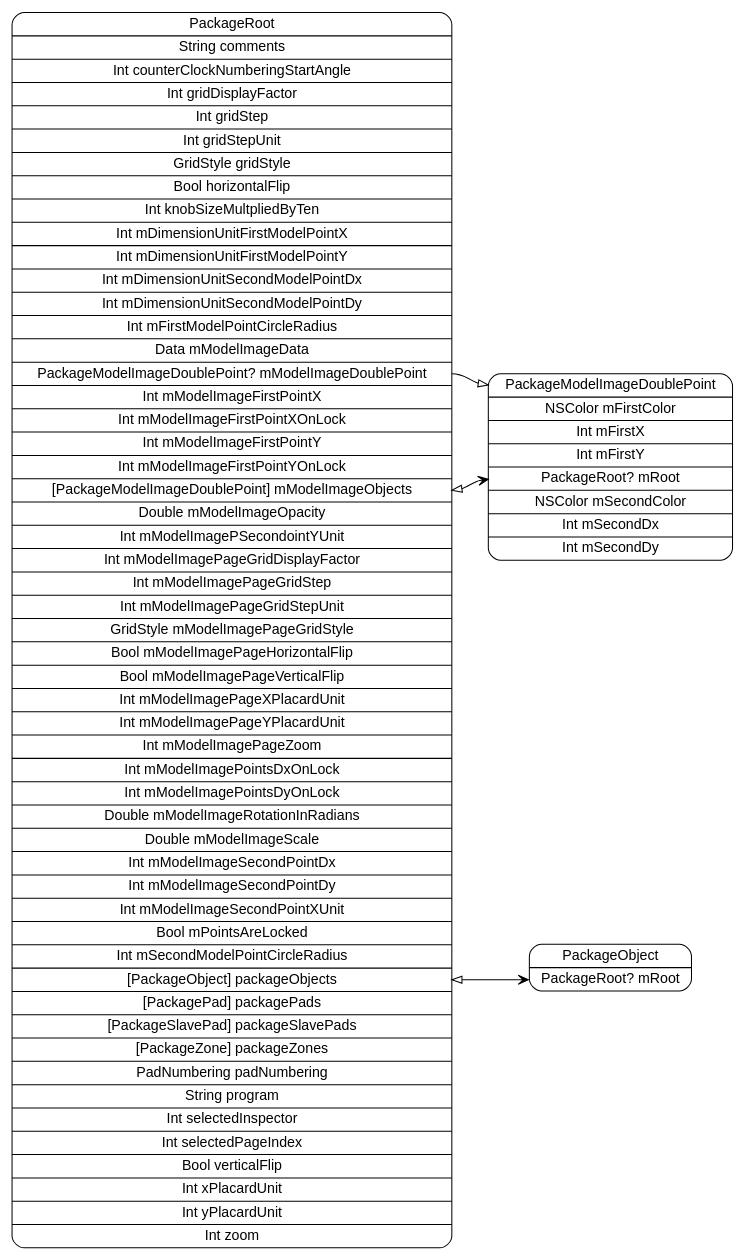
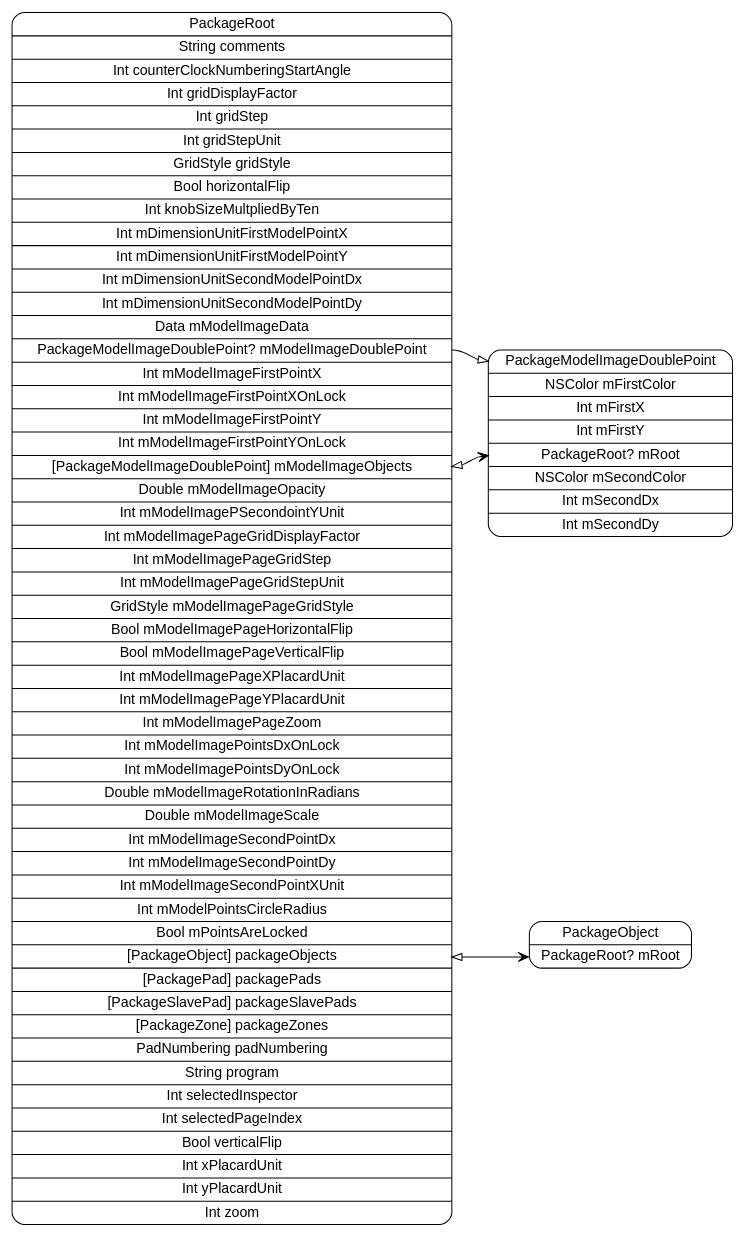
One commit to pierremolinaro/ElCanari-dev changed the diagram in models/PackageRoot.dot. Above: the diagram before and after it, drawn with Graphviz. The commit also changed 88 other files, not shown here.

Commit message:
Ajout reset_property_toDefaultValue Package model Image : un seul slider pour la taille

```diff
--- a/models/PackageRoot.dot
+++ b/models/PackageRoot.dot
@@ -1,10 +1,10 @@
 digraph G {
   rankdir=LR ;
   node [shape=record fontname=helvetica style=rounded] ;
-  PackageRoot[label="<PackageRoot>PackageRoot|String comments|Int counterClockNumberingStartAngle|Int gridDisplayFactor|Int gridStep|Int gridStepUnit|GridStyle gridStyle|Bool horizontalFlip|Int knobSizeMultpliedByTen|Int mDimensionUnitFirstModelPointX|Int mDimensionUnitFirstModelPointY|Int mDimensionUnitSecondModelPointDx|Int mDimensionUnitSecondModelPointDy|Int mFirstModelPointCircleRadius|Data mModelImageData|<mModelImageDoublePoint>PackageModelImageDoublePoint? mModelImageDoublePoint|Int mModelImageFirstPointX|Int mModelImageFirstPointXOnLock|Int mModelImageFirstPointY|Int mModelImageFirstPointYOnLock|<mModelImageObjects>[PackageModelImageDoublePoint] mModelImageObjects|Double mModelImageOpacity|Int mModelImagePSecondointYUnit|Int mModelImagePageGridDisplayFactor|Int mModelImagePageGridStep|Int mModelImagePageGridStepUnit|GridStyle mModelImagePageGridStyle|Bool mModelImagePageHorizontalFlip|Bool mModelImagePageVerticalFlip|Int mModelImagePageXPlacardUnit|Int mModelImagePageYPlacardUnit|Int mModelImagePageZoom|Int mModelImagePointsDxOnLock|Int mModelImagePointsDyOnLock|Double mModelImageRotationInRadians|Double mModelImageScale|Int mModelImageSecondPointDx|Int mModelImageSecondPointDy|Int mModelImageSecondPointXUnit|Bool mPointsAreLocked|Int mSecondModelPointCircleRadius|<packageObjects>[PackageObject] packageObjects|<packagePads>[PackagePad] packagePads|<packageSlavePads>[PackageSlavePad] packageSlavePads|<packageZones>[PackageZone] packageZones|PadNumbering padNumbering|String program|Int selectedInspector|Int selectedPageIndex|Bool verticalFlip|Int xPlacardUnit|Int yPlacardUnit|Int zoom"] ;
+  PackageRoot[label="<PackageRoot>PackageRoot|String comments|Int counterClockNumberingStartAngle|Int gridDisplayFactor|Int gridStep|Int gridStepUnit|GridStyle gridStyle|Bool horizontalFlip|Int knobSizeMultpliedByTen|Int mDimensionUnitFirstModelPointX|Int mDimensionUnitFirstModelPointY|Int mDimensionUnitSecondModelPointDx|Int mDimensionUnitSecondModelPointDy|Data mModelImageData|<mModelImageDoublePoint>PackageModelImageDoublePoint? mModelImageDoublePoint|Int mModelImageFirstPointX|Int mModelImageFirstPointXOnLock|Int mModelImageFirstPointY|Int mModelImageFirstPointYOnLock|<mModelImageObjects>[PackageModelImageDoublePoint] mModelImageObjects|Double mModelImageOpacity|Int mModelImagePSecondointYUnit|Int mModelImagePageGridDisplayFactor|Int mModelImagePageGridStep|Int mModelImagePageGridStepUnit|GridStyle mModelImagePageGridStyle|Bool mModelImagePageHorizontalFlip|Bool mModelImagePageVerticalFlip|Int mModelImagePageXPlacardUnit|Int mModelImagePageYPlacardUnit|Int mModelImagePageZoom|Int mModelImagePointsDxOnLock|Int mModelImagePointsDyOnLock|Double mModelImageRotationInRadians|Double mModelImageScale|Int mModelImageSecondPointDx|Int mModelImageSecondPointDy|Int mModelImageSecondPointXUnit|Int mModelPointsCircleRadius|Bool mPointsAreLocked|<packageObjects>[PackageObject] packageObjects|<packagePads>[PackagePad] packagePads|<packageSlavePads>[PackageSlavePad] packageSlavePads|<packageZones>[PackageZone] packageZones|PadNumbering padNumbering|String program|Int selectedInspector|Int selectedPageIndex|Bool verticalFlip|Int xPlacardUnit|Int yPlacardUnit|Int zoom"] ;
   PackageObject[label="<PackageObject>PackageObject|<mRoot>PackageRoot? mRoot"] ;
   PackageModelImageDoublePoint[label="<PackageModelImageDoublePoint>PackageModelImageDoublePoint|NSColor mFirstColor|Int mFirstX|Int mFirstY|<mRoot>PackageRoot? mRoot|NSColor mSecondColor|Int mSecondDx|Int mSecondDy"] ;
   PackageRoot:mModelImageDoublePoint -> PackageModelImageDoublePoint:PackageModelImageDoublePoint [dir=both arrowtail=none arrowhead=onormal] ;
   PackageRoot:mModelImageObjects -> PackageModelImageDoublePoint:mRoot [dir=both arrowtail=onormal arrowhead=vee] ;
   PackageRoot:packageObjects -> PackageObject:mRoot [dir=both arrowtail=onormal arrowhead=vee] ;
 }
```
